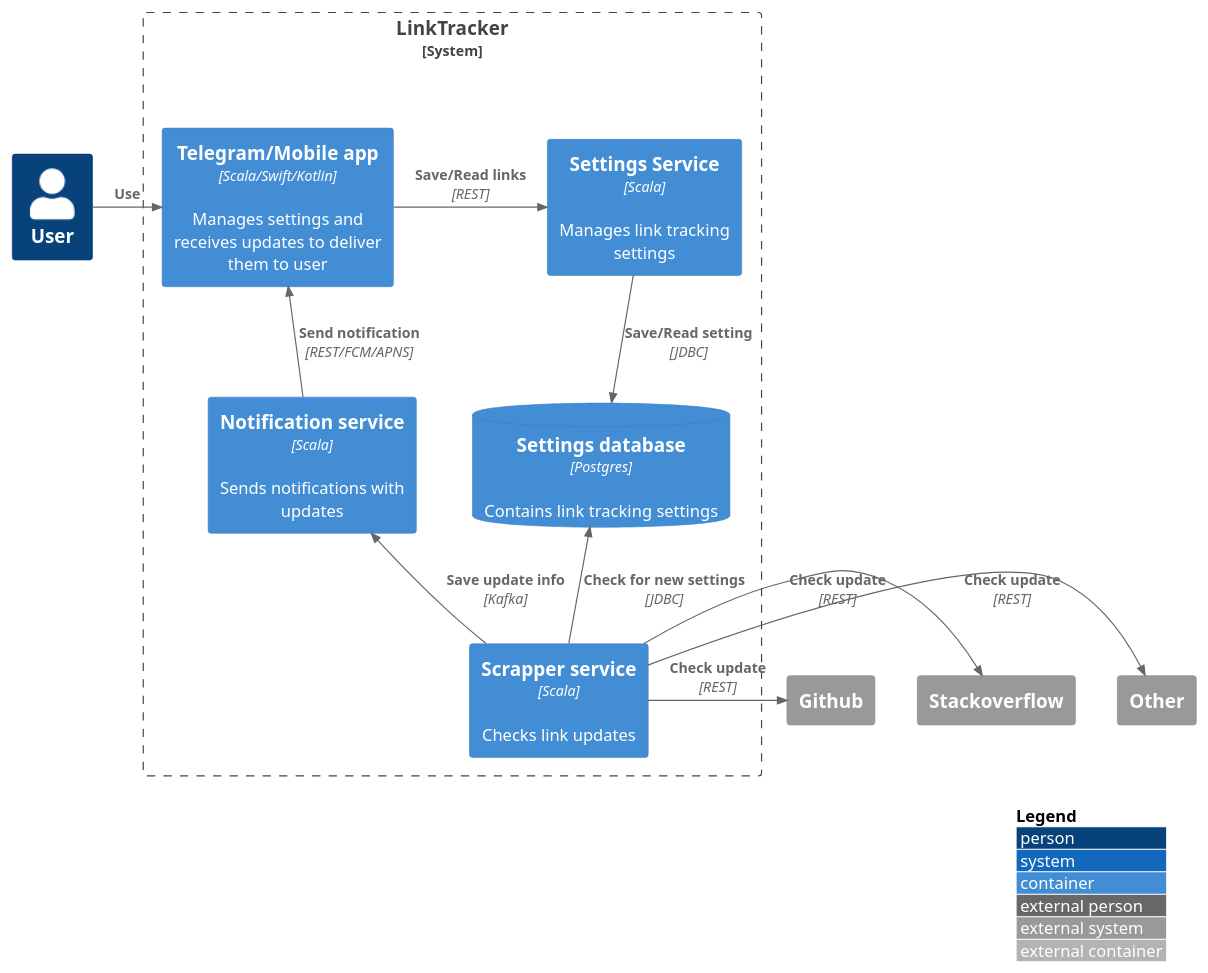
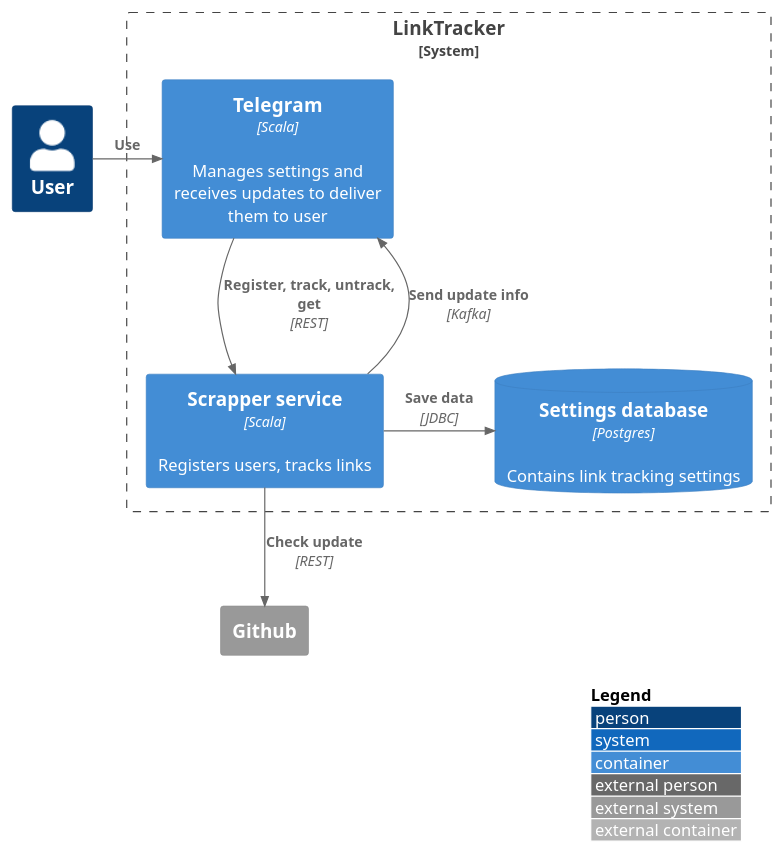
Before and after one commit to JugglypuffM/link-tracker: the diagram in architecture.md, drawn with PlantUML. The commit also changed 44 other files, not shown here.

````diff
--- a/architecture.md
+++ b/architecture.md
@@ -1,31 +1,23 @@
 ```plantuml
 @startuml
 !include  https://raw.githubusercontent.com/plantuml-stdlib/C4-PlantUML/master/C4_Container.puml
 
 LAYOUT_WITH_LEGEND()
 
 Person(user, "User")
 
 System_Boundary(app, "LinkTracker"){
-  Container(front, "Telegram/Mobile app", "Scala/Swift/Kotlin", "Manages settings and receives updates to deliver them to user")
-  Container(settings, "Settings Service", "Scala", "Manages link tracking settings")
+  Container(telegram, "Telegram", "Scala", "Manages settings and receives updates to deliver them to user")
   ContainerDb(database, "Settings database", "Postgres", "Contains link tracking settings")
-  Container(scrapper, "Scrapper service", "Scala", "Checks link updates")
-  Container(notifier, "Notification service", "Scala", "Sends notifications with updates")
+  Container(scrapper, "Scrapper service", "Scala", "Registers users, tracks links")
 }
 
 System_Ext(github, "Github")
-System_Ext(stackoverflow, "Stackoverflow")
-System_Ext(other, "Other")
 
-Rel_R(user, front, "Use")
-Rel_R(front, settings, "Save/Read links", "REST")
-Rel_D(settings, database, "Save/Read setting", "JDBC")
-Rel_U(scrapper, database, "Check for new settings", "JDBC")
-Rel_R(scrapper, github, "Check update", "REST")
-Rel_R(scrapper, stackoverflow, "Check update", "REST")
-Rel_U(scrapper, notifier, "Save update info", "Kafka")
-Rel_R(scrapper, other, "Check update", "REST")
-Rel_U(notifier, front, "Send notification", "REST/FCM/APNS")
+Rel_R(user, telegram, "Use")
+Rel_D(telegram, scrapper, "Register, track, untrack, get", "REST")
+Rel_R(scrapper, database, "Save data", "JDBC")
+Rel_D(scrapper, github, "Check update", "REST")
+Rel_U(scrapper, telegram, "Send update info", "Kafka")
 @enduml
 ```
````
